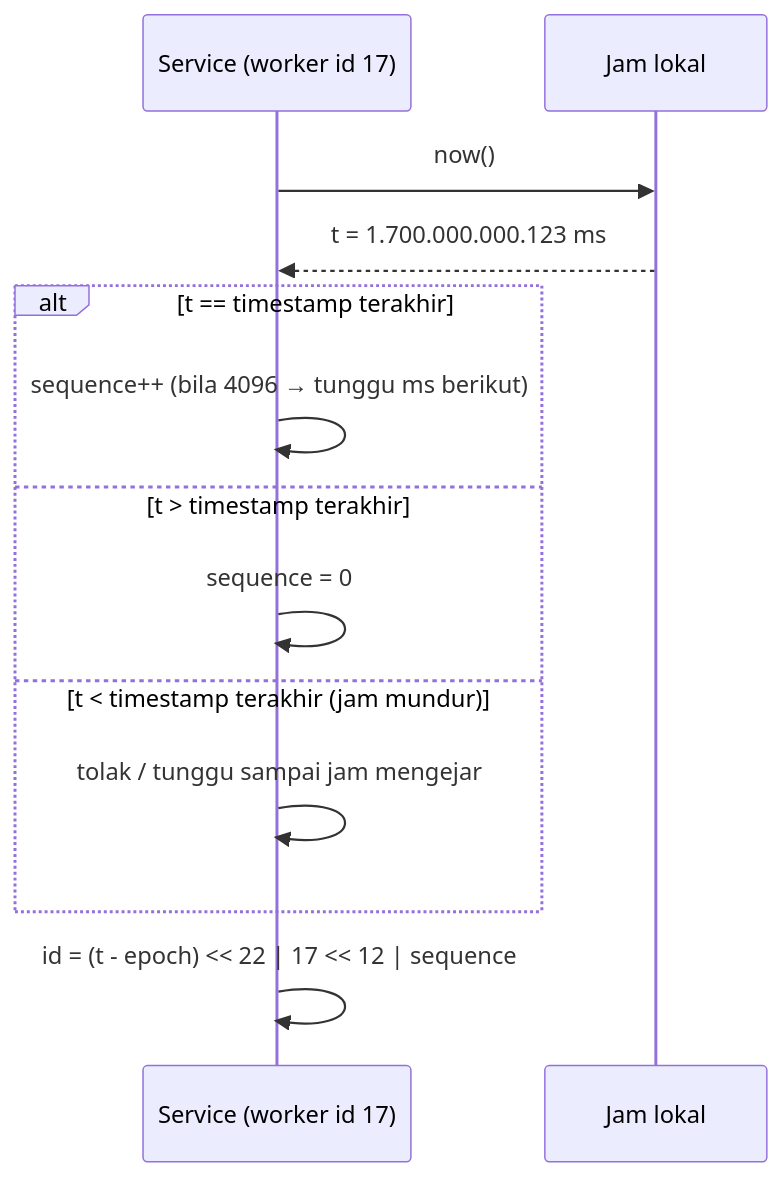
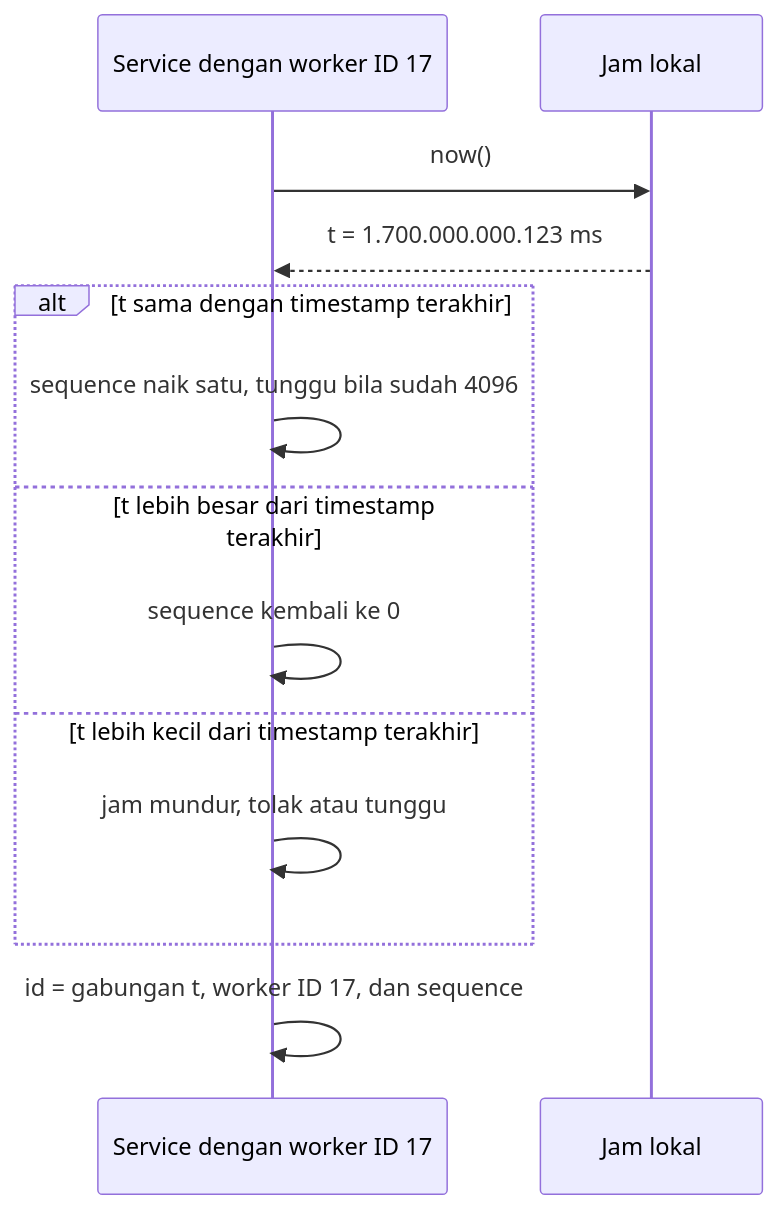
The second of 2 diagrams in src/content/lessons/bagian-2/unique-id-generator.mdx (andreanpradanaa/sysdesign-lab), drawn with Mermaid before and after one commit. The commit also changed other lines of this file and 18 other files, not shown here.

````diff
--- a/src/content/lessons/bagian-2/unique-id-generator.mdx
+++ b/src/content/lessons/bagian-2/unique-id-generator.mdx
@@ -121,15 +123,15 @@
 ```mermaid
 sequenceDiagram
-  participant App as Service (worker id 17)
+  participant App as Service dengan worker ID 17
   participant Clk as Jam lokal
   App->>Clk: now()
   Clk-->>App: t = 1.700.000.000.123 ms
-  alt t == timestamp terakhir
-    App->>App: sequence++ (bila 4096 → tunggu ms berikut)
-  else t > timestamp terakhir
-    App->>App: sequence = 0
-  else t < timestamp terakhir (jam mundur)
-    App->>App: tolak / tunggu sampai jam mengejar
+  alt t sama dengan timestamp terakhir
+    App->>App: sequence naik satu, tunggu bila sudah 4096
+  else t lebih besar dari timestamp terakhir
+    App->>App: sequence kembali ke 0
+  else t lebih kecil dari timestamp terakhir
+    App->>App: jam mundur, tolak atau tunggu
   end
-  App->>App: id = (t - epoch) << 22 | 17 << 12 | sequence
+  App->>App: id = gabungan t, worker ID 17, dan sequence
 ```
````
